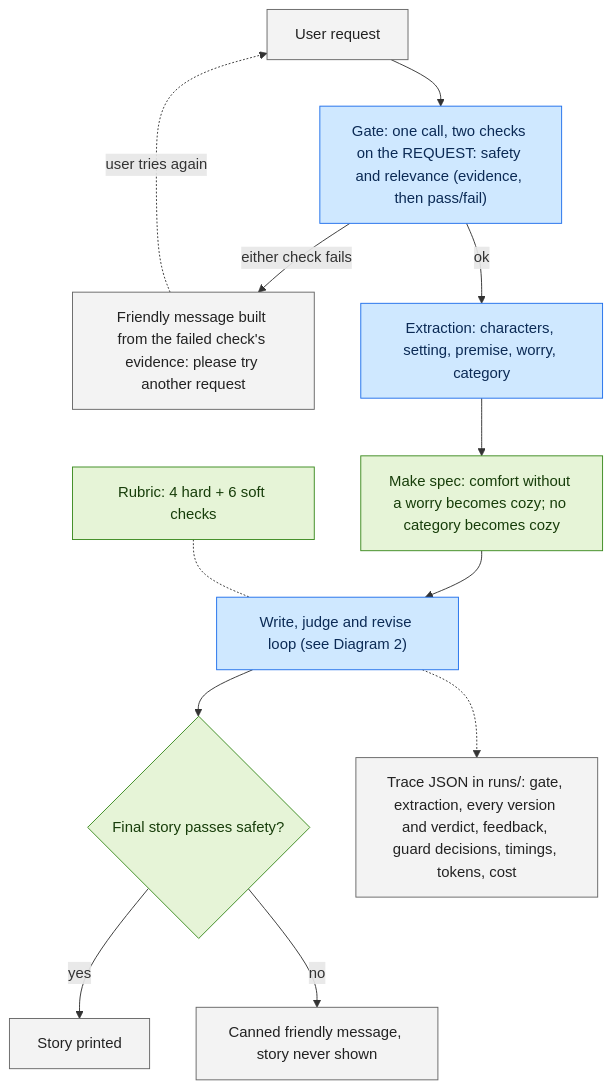
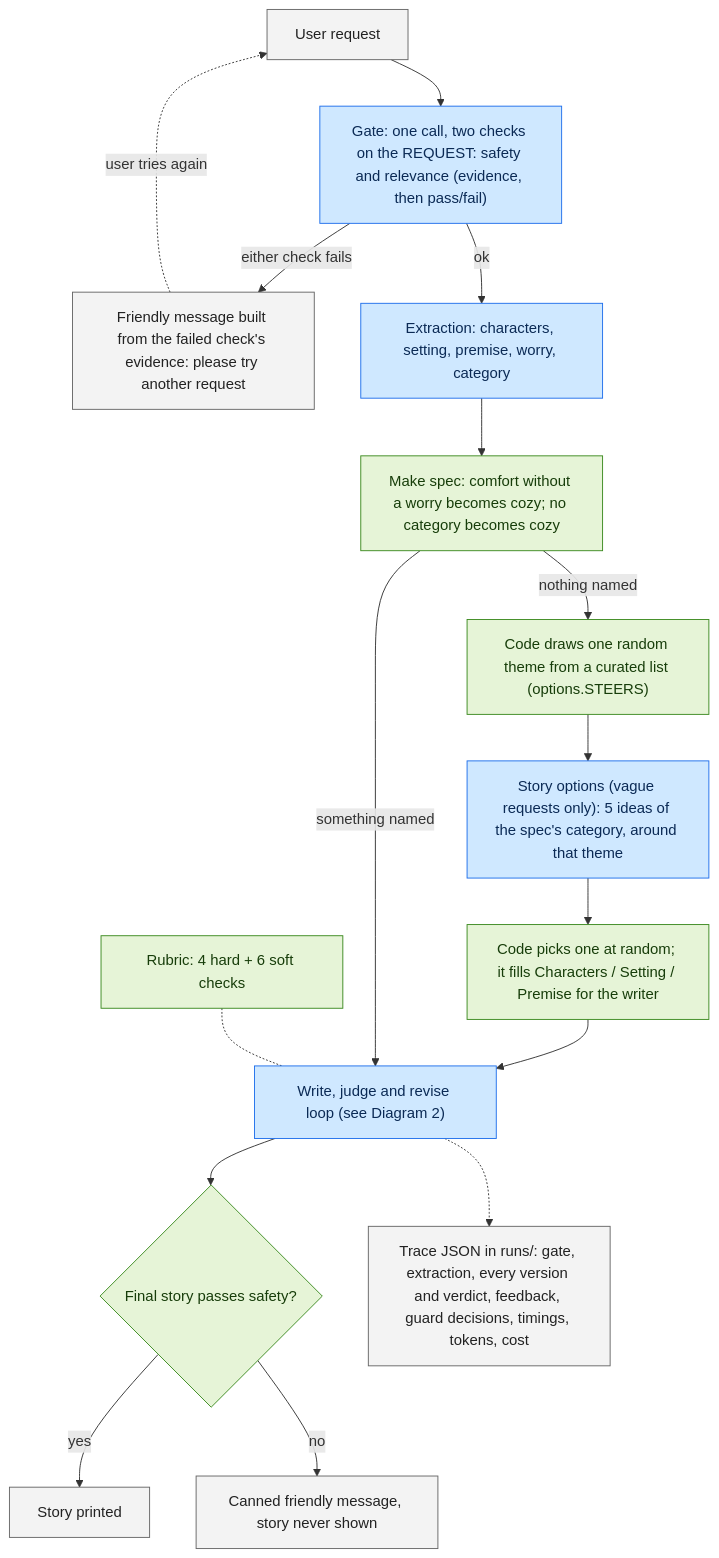
One commit to Sumo-99/hippocratic_ai_assessment changed the second of 3 diagrams in docs/ARCHITECTURE.md. Above: the diagram before and after it, drawn with Mermaid. The commit also changed other lines of this file and 10 other files, not shown here.

First line of the commit message:
feat: story options for vague requests, steered by a random theme

````diff
--- a/docs/ARCHITECTURE.md
+++ b/docs/ARCHITECTURE.md
@@ -24,28 +24,33 @@
 ```mermaid
 flowchart TD
     U["User request"]:::io
     GATE["Gate: one call, two checks on the REQUEST: safety and relevance (evidence, then pass/fail)"]:::llm
     REJ["Friendly message built from the failed check's evidence: please try another request"]:::io
     EXT["Extraction: characters, setting, premise, worry, category"]:::llm
     SPEC["Make spec: comfort without a worry becomes cozy; no category becomes cozy"]:::code
+    STEER["Code draws one random theme from a curated list (options.STEERS)"]:::code
+    OPTS["Story options (vague requests only): 5 ideas of the spec's category, around that theme"]:::llm
+    PICK["Code picks one at random; it fills Characters / Setting / Premise for the writer"]:::code
     LOOP["Write, judge and revise loop (see Diagram 2)"]:::llm
     RUBRIC["Rubric: 4 hard + 6 soft checks"]:::code
     SAFE{"Final story passes safety?"}:::code
     OUT["Story printed"]:::io
     CANNED["Canned friendly message, story never shown"]:::io
     TRACE["Trace JSON in runs/: gate, extraction, every version and verdict, feedback, guard decisions, timings, tokens, cost"]:::io
 
     U --> GATE
     GATE -->|"either check fails"| REJ
     REJ -.->|"user tries again"| U
-    GATE -->|ok| EXT --> SPEC --> LOOP
+    GATE -->|ok| EXT --> SPEC
+    SPEC -->|"nothing named"| STEER --> OPTS --> PICK --> LOOP
+    SPEC -->|"something named"| LOOP
     RUBRIC -.- LOOP
     LOOP --> SAFE
     SAFE -->|yes| OUT
     SAFE -->|no| CANNED
     LOOP -.-> TRACE
 
     classDef llm fill:#cfe8ff,stroke:#1f6feb,color:#0b2a55
     classDef code fill:#e6f4d7,stroke:#3b8a1f,color:#173d0a
     classDef io fill:#f3f3f3,stroke:#666,color:#222
 ```
````
